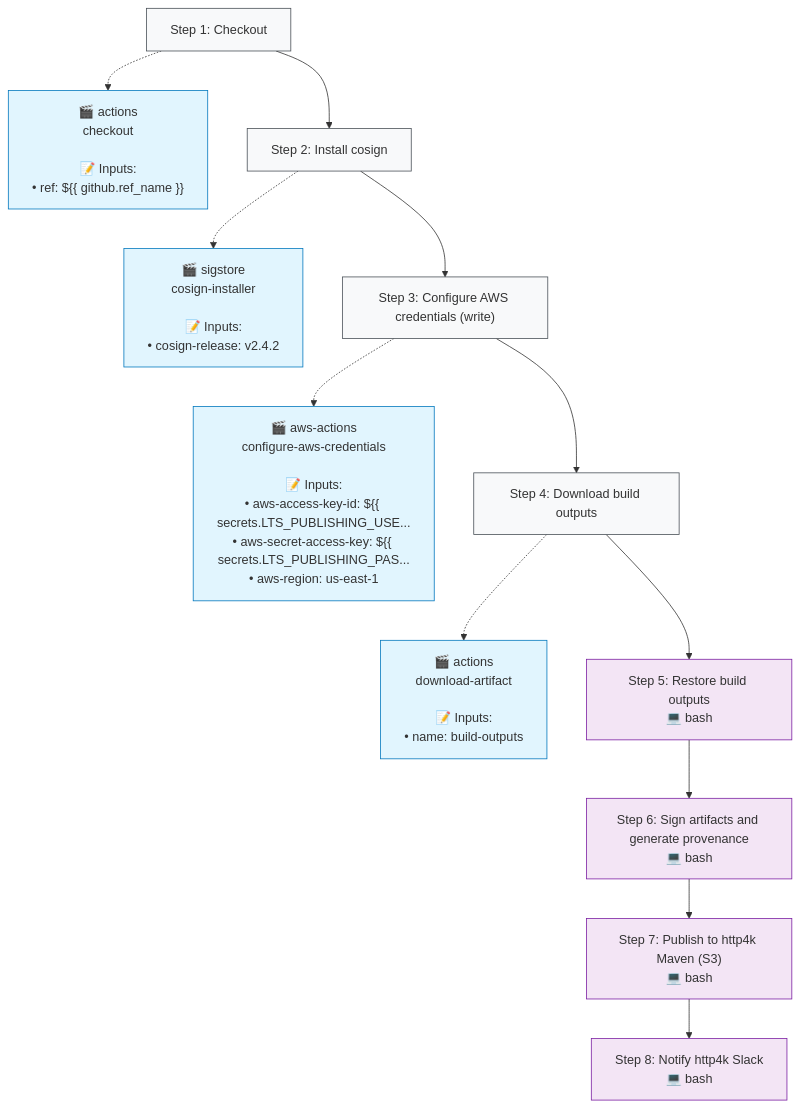
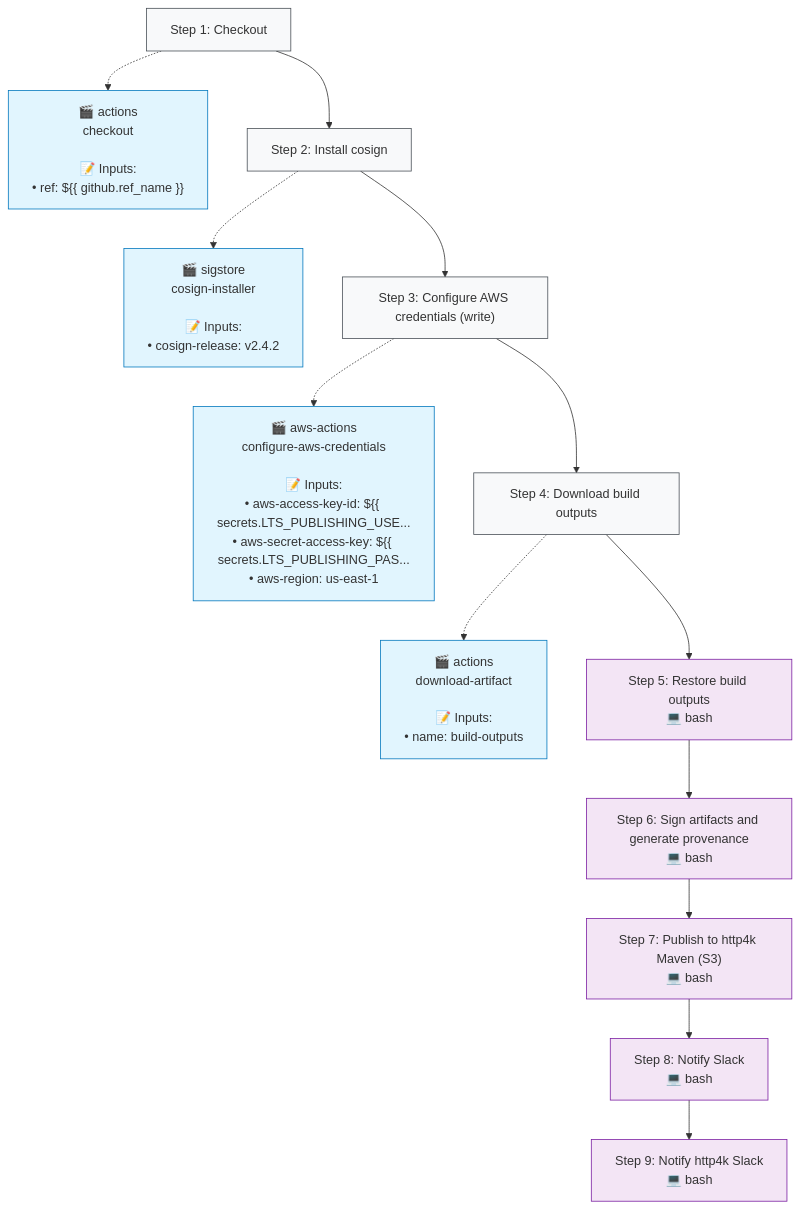
Before and after one commit to http4k/http4k: the third of 4 diagrams in .github/typeflows/publish-artifacts/README.md, drawn with Mermaid. The commit also changed other lines of this file and 14 other files, not shown here.

````diff
--- a/.github/typeflows/publish-artifacts/README.md
+++ b/.github/typeflows/publish-artifacts/README.md
@@ -101,39 +103,42 @@
 ```mermaid
 %%{init: {"flowchart": {"curve": "basis"}}}%%
 flowchart TD
     step1["Step 1: Checkout"]
     style step1 fill:#f8f9fa,stroke:#495057
     action1["🎬 actions<br/>checkout<br/><br/>📝 Inputs:<br/>• ref: ${{ github.ref_name }}"]
     style action1 fill:#e1f5fe,stroke:#0277bd
     step1 -.-> action1
     step2["Step 2: Install cosign"]
     style step2 fill:#f8f9fa,stroke:#495057
     action2["🎬 sigstore<br/>cosign-installer<br/><br/>📝 Inputs:<br/>• cosign-release: v2.4.2"]
     style action2 fill:#e1f5fe,stroke:#0277bd
     step2 -.-> action2
     step1 --> step2
     step3["Step 3: Configure AWS credentials (write)"]
     style step3 fill:#f8f9fa,stroke:#495057
     action3["🎬 aws-actions<br/>configure-aws-credentials<br/><br/>📝 Inputs:<br/>• aws-access-key-id: ${{ secrets.LTS_PUBLISHING_USE...<br/>• aws-secret-access-key: ${{ secrets.LTS_PUBLISHING_PAS...<br/>• aws-region: us-east-1"]
     style action3 fill:#e1f5fe,stroke:#0277bd
     step3 -.-> action3
     step2 --> step3
     step4["Step 4: Download build outputs"]
     style step4 fill:#f8f9fa,stroke:#495057
     action4["🎬 actions<br/>download-artifact<br/><br/>📝 Inputs:<br/>• name: build-outputs"]
     style action4 fill:#e1f5fe,stroke:#0277bd
     step4 -.-> action4
     step3 --> step4
     step5["Step 5: Restore build outputs<br/>💻 bash"]
     style step5 fill:#f3e5f5,stroke:#7b1fa2
     step4 --> step5
     step6["Step 6: Sign artifacts and generate provenance<br/>💻 bash"]
     style step6 fill:#f3e5f5,stroke:#7b1fa2
     step5 --> step6
     step7["Step 7: Publish to http4k Maven (S3)<br/>💻 bash"]
     style step7 fill:#f3e5f5,stroke:#7b1fa2
     step6 --> step7
-    step8["Step 8: Notify http4k Slack<br/>💻 bash"]
+    step8["Step 8: Notify Slack<br/>💻 bash"]
     style step8 fill:#f3e5f5,stroke:#7b1fa2
     step7 --> step8
+    step9["Step 9: Notify http4k Slack<br/>💻 bash"]
+    style step9 fill:#f3e5f5,stroke:#7b1fa2
+    step8 --> step9
 ```
````
